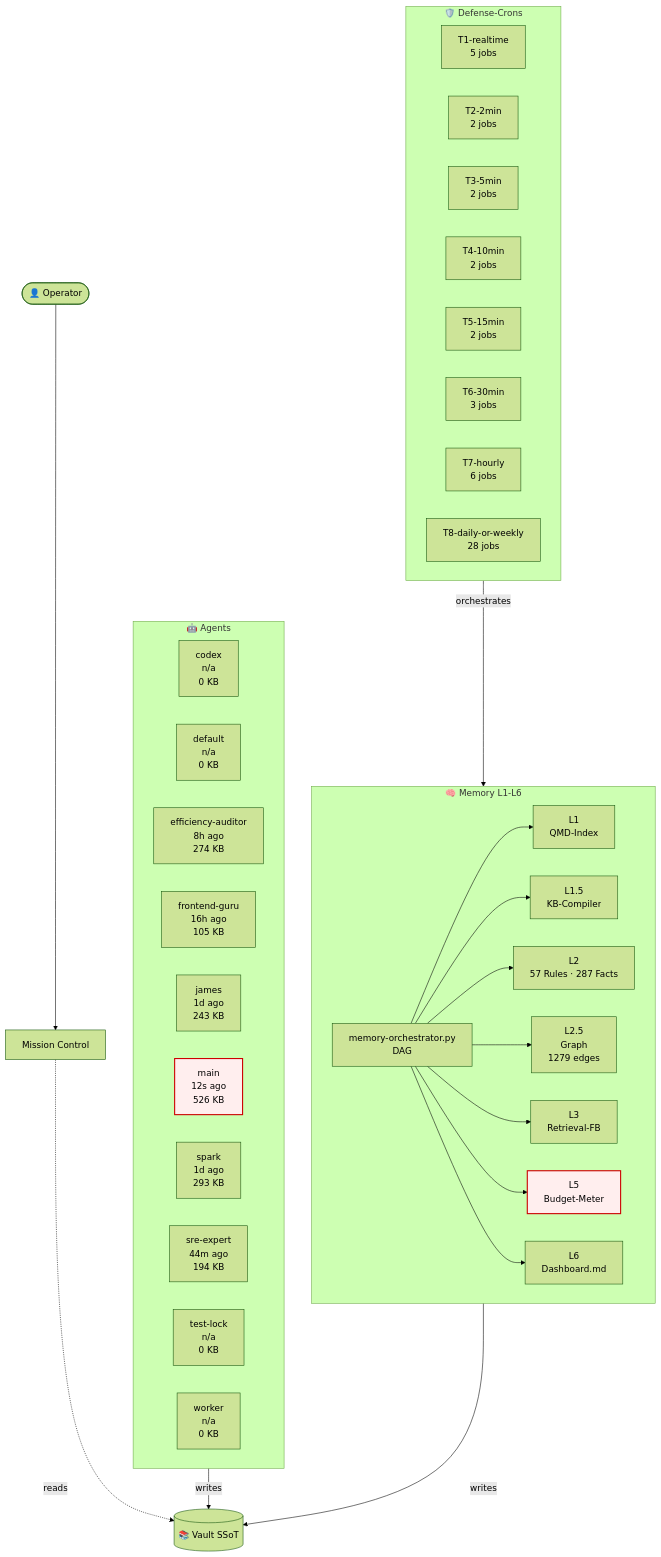
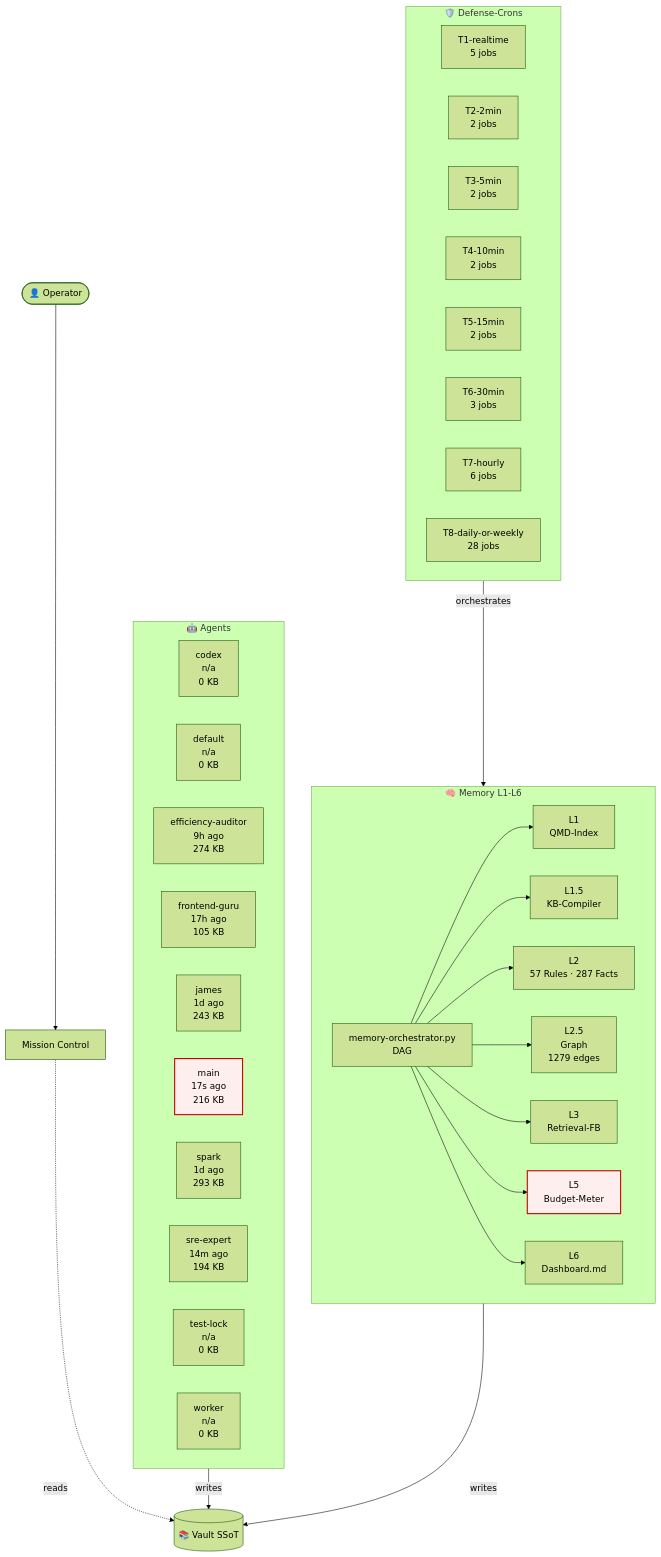
One commit to lenardhuebner88-rgb/openclaw-memory changed the diagram in 03-Agents/architecture-live.md. Above: the diagram before and after it, drawn with Mermaid (forest theme). The commit also changed other lines of this file and 2 other files, not shown here.

````diff
--- a/03-Agents/architecture-live.md
+++ b/03-Agents/architecture-live.md
@@ -18,53 +18,53 @@
 ```mermaid
 flowchart TB
     classDef critical fill:#fee,stroke:#c00,stroke-width:2px;
     subgraph AGT["🤖 Agents"]
         agent_codex["codex<br/>n/a<br/>0 KB"]
         agent_default["default<br/>n/a<br/>0 KB"]
-        agent_efficiency_auditor["efficiency-auditor<br/>8h ago<br/>274 KB"]
-        agent_frontend_guru["frontend-guru<br/>16h ago<br/>105 KB"]
+        agent_efficiency_auditor["efficiency-auditor<br/>9h ago<br/>274 KB"]
+        agent_frontend_guru["frontend-guru<br/>17h ago<br/>105 KB"]
         agent_james["james<br/>1d ago<br/>243 KB"]
-        agent_main["main<br/>12s ago<br/>526 KB"]
+        agent_main["main<br/>17s ago<br/>216 KB"]
         agent_spark["spark<br/>1d ago<br/>293 KB"]
-        agent_sre_expert["sre-expert<br/>44m ago<br/>194 KB"]
+        agent_sre_expert["sre-expert<br/>14m ago<br/>194 KB"]
         agent_test_lock["test-lock<br/>n/a<br/>0 KB"]
         agent_worker["worker<br/>n/a<br/>0 KB"]
     end
     subgraph MEM["🧠 Memory L1-L6"]
         L1["L1<br/>QMD-Index"]
         L15["L1.5<br/>KB-Compiler"]
         L2["L2<br/>57 Rules · 287 Facts"]
         L25["L2.5<br/>Graph<br/>1279 edges"]
         L3["L3<br/>Retrieval-FB"]
         L5["L5<br/>Budget-Meter"]
         L6["L6<br/>Dashboard.md"]
         ORCH["memory-orchestrator.py<br/>DAG"]
     end
     subgraph CRN["🛡️ Defense-Crons"]
         tier_T1_realtime["T1-realtime<br/>5 jobs"]
         tier_T2_2min["T2-2min<br/>2 jobs"]
         tier_T3_5min["T3-5min<br/>2 jobs"]
         tier_T4_10min["T4-10min<br/>2 jobs"]
         tier_T5_15min["T5-15min<br/>2 jobs"]
         tier_T6_30min["T6-30min<br/>3 jobs"]
         tier_T7_hourly["T7-hourly<br/>6 jobs"]
         tier_T8_daily_or_weekly["T8-daily-or-weekly<br/>28 jobs"]
     end
     VAULT[("📚 Vault SSoT")]
     OP([👤 Operator])
     MC["Mission Control"]
     OP --> MC
     MC -.reads.-> VAULT
     AGT -->|writes| VAULT
     MEM -->|writes| VAULT
     ORCH --> L1
     ORCH --> L15
     ORCH --> L2
     ORCH --> L25
     ORCH --> L3
     ORCH --> L5
     ORCH --> L6
     CRN -->|orchestrates| MEM
     class L5 critical
     class agent_main critical
 ```
````
